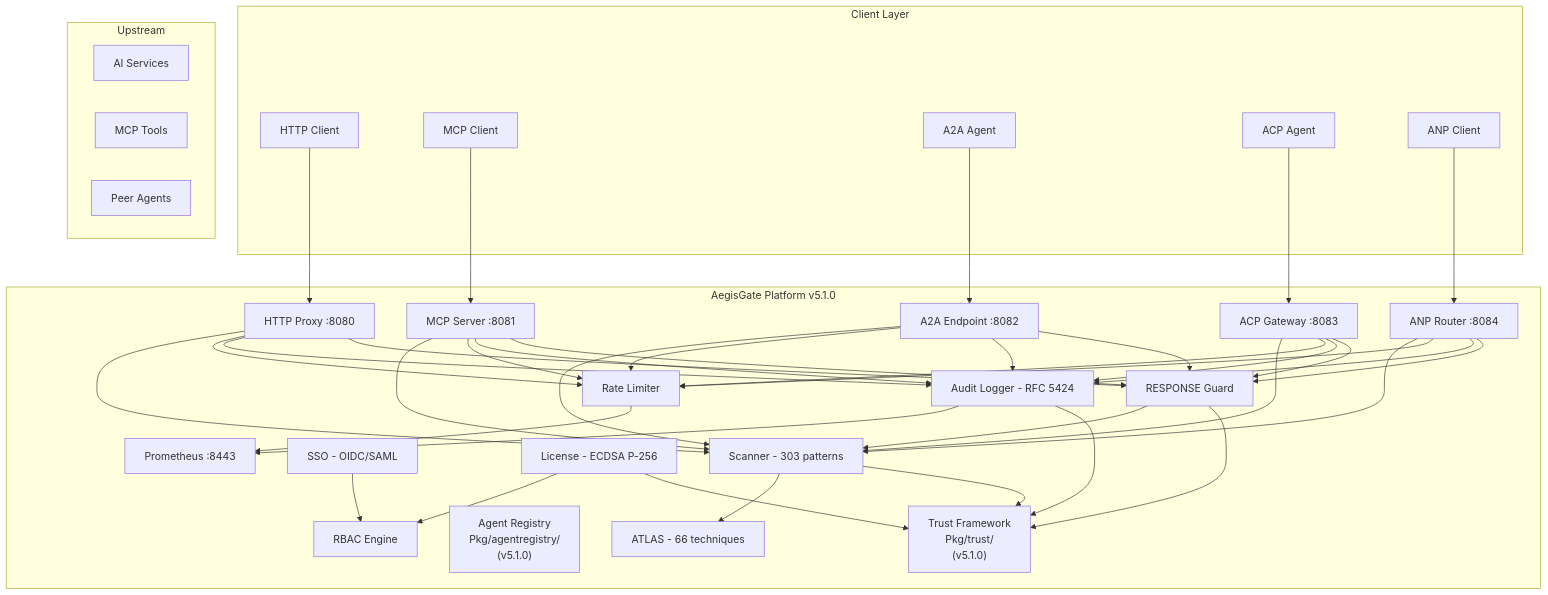
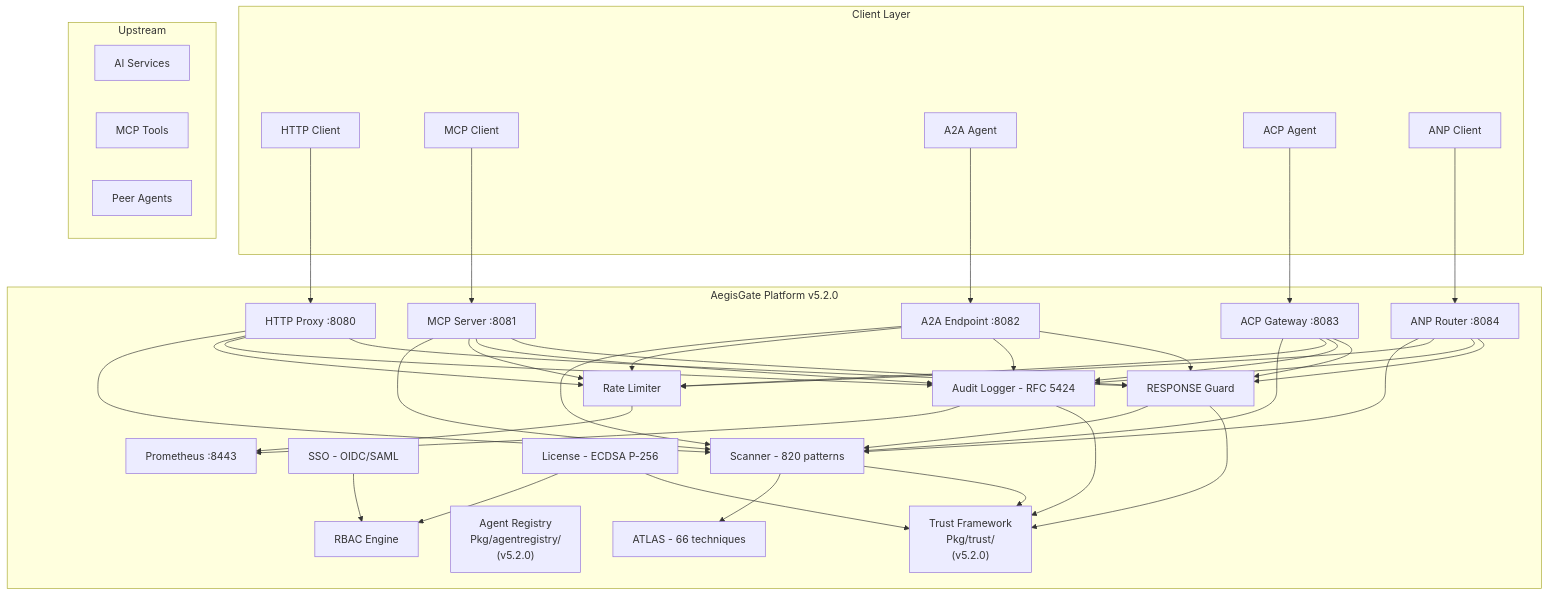
Before and after one commit to aegisgatesecurity/aegisgate-site: the diagram in content/tech.md, drawn with Mermaid. The commit also changed other lines of this file and 32 other files, not shown here.

```diff
--- a/content/tech.md
+++ b/content/tech.md
@@ -12,62 +12,62 @@
 {{< mermaid >}}
 flowchart TB
     subgraph Client["Client Layer"]
         A["HTTP Client"]
         B["MCP Client"]
         C["A2A Agent"]
         D["ACP Agent"]
         E["ANP Client"]
     end
 
-    subgraph AegisGate["AegisGate Platform v5.1.0"]
+    subgraph AegisGate["AegisGate Platform v5.2.0"]
         G["HTTP Proxy :8080"]
         H["MCP Server :8081"]
         I["A2A Endpoint :8082"]
         J["ACP Gateway :8083"]
         K["ANP Router :8084"]
         L["RESPONSE Guard"]
-        TR["Trust Framework\nPkg/trust/\n(v5.1.0)"]
-        AR["Agent Registry\nPkg/agentregistry/\n(v5.1.0)"]
+        TR["Trust Framework\nPkg/trust/\n(v5.2.0)"]
+        AR["Agent Registry\nPkg/agentregistry/\n(v5.2.0)"]
 
-        M["Scanner - 303 patterns"]
+        M["Scanner - 820 patterns"]
         N["ATLAS - 66 techniques"]
         O["Rate Limiter"]
         P["Audit Logger - RFC 5424"]
 
         Q["SSO - OIDC/SAML"]
         R["RBAC Engine"]
         S["License - ECDSA P-256"]
 
         T["Prometheus :8443"]
     end
 
     subgraph Upstream["Upstream"]
         U["AI Services"]
         V["MCP Tools"]
         W["Peer Agents"]
     end
 
     A --> G
     B --> H
     C --> I
     D --> J
     E --> K
 
     G --> M & O & P & L
     H --> M & O & P & L
     I --> M & O & P & L
     J --> M & O & P & L
     K --> M & O & P & L
 
     M --> N
     L --> M
     O --> T
     P --> T
     Q --> R
     S --> R
 
     M --> TR
     L --> TR
     P --> TR
     S --> TR
 {{< /mermaid >}}
```
